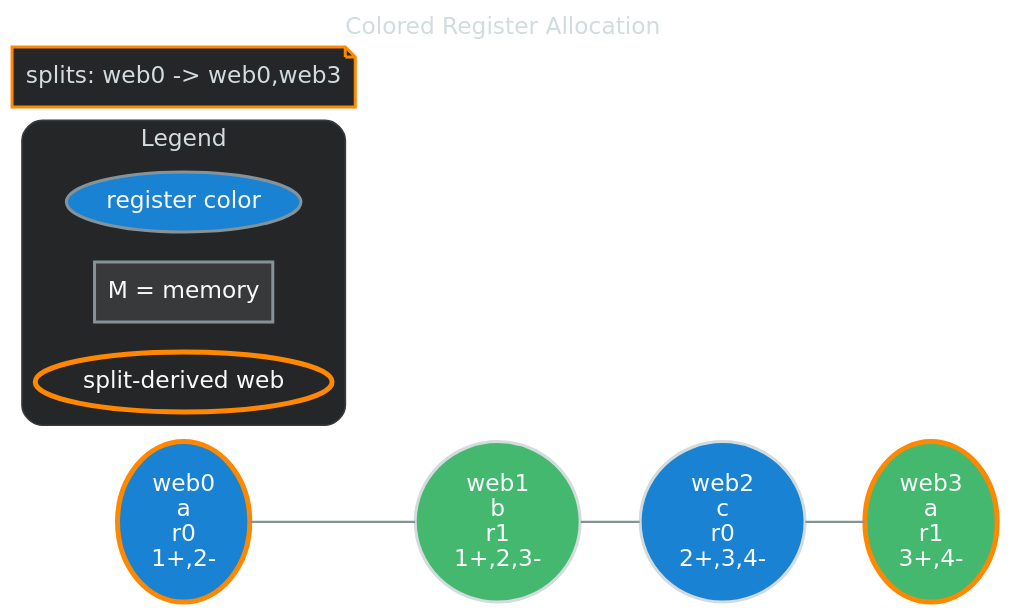
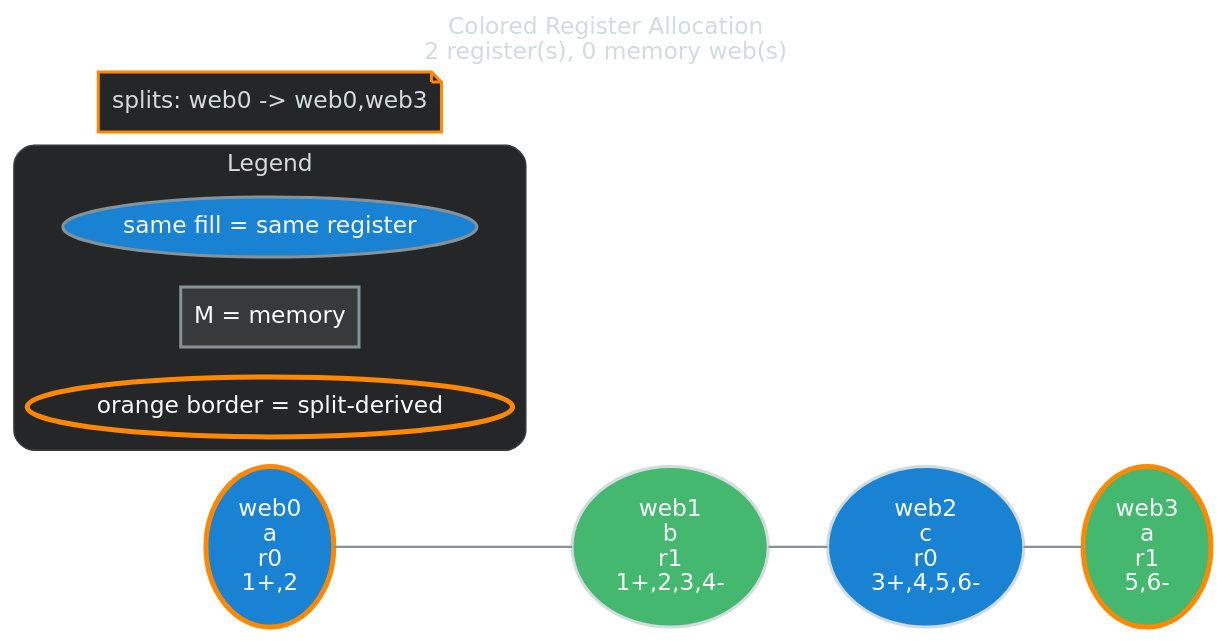
The diagram in presentation_assets/advanced_splitting.dot (AlexDTT/CompilerRegisterAllocationProject), drawn with Graphviz before and after one commit. The commit also changed 88 other files, not shown here.

```diff
--- a/presentation_assets/advanced_splitting.dot
+++ b/presentation_assets/advanced_splitting.dot
@@ -1,26 +1,26 @@
 graph allocation {
-    graph [bgcolor="transparent", color="#38393b", rankdir=LR, fontname="DejaVu Sans", fontcolor="#d2dbde", labelloc=t, label="Colored Register Allocation"];
+    graph [bgcolor="transparent", color="#38393b", rankdir=LR, fontname="DejaVu Sans", fontcolor="#d2dbde", labelloc=t, label="Colored Register Allocation\n2 register(s), 0 memory web(s)"];
     node [shape=ellipse, style="filled,bold", fontname="DejaVu Sans", fontcolor="#f8f9fa", color="#859399", penwidth=1.8];
     edge [color="#859399", fontcolor="#d2dbde", penwidth=1.3];
 
-    web0 [label="web0\na\nr0\n1+,2-", fillcolor="#1982d2", color="#ff8800", shape=ellipse, penwidth=3.0];
-    web1 [label="web1\nb\nr1\n1+,2,3-", fillcolor="#44b86f", color="#d2dbde", shape=ellipse, penwidth=1.8];
-    web2 [label="web2\nc\nr0\n2+,3,4-", fillcolor="#1982d2", color="#d2dbde", shape=ellipse, penwidth=1.8];
-    web3 [label="web3\na\nr1\n3+,4-", fillcolor="#44b86f", color="#ff8800", shape=ellipse, penwidth=3.0];
+    web0 [label="web0\na\nr0\n1+,2", fillcolor="#1982d2", color="#ff8800", shape=ellipse, penwidth=3.0];
+    web1 [label="web1\nb\nr1\n1+,2,3,4-", fillcolor="#44b86f", color="#d2dbde", shape=ellipse, penwidth=1.8];
+    web2 [label="web2\nc\nr0\n3+,4,5,6-", fillcolor="#1982d2", color="#d2dbde", shape=ellipse, penwidth=1.8];
+    web3 [label="web3\na\nr1\n5,6-", fillcolor="#44b86f", color="#ff8800", shape=ellipse, penwidth=3.0];
     web0 -- web1;
     web1 -- web2;
     web2 -- web3;
 
     subgraph cluster_legend {
         label="Legend";
         fontcolor="#d2dbde";
         color="#38393b";
         style="rounded,filled";
         fillcolor="#252628";
-        key_reg [label="register color", fillcolor="#1982d2", shape=ellipse];
+        key_reg [label="same fill = same register", fillcolor="#1982d2", shape=ellipse];
         key_mem [label="M = memory", fillcolor="#38393b", shape=box, color="#859399"];
-        key_split [label="split-derived web", fillcolor="#252628", color="#ff8800", penwidth=3.0];
+        key_split [label="orange border = split-derived", fillcolor="#252628", color="#ff8800", penwidth=3.0];
     }
 
     note [shape=note, fillcolor="#252628", color="#ff8800", fontcolor="#d2dbde", label="splits: web0 -> web0,web3"];
 }
```
